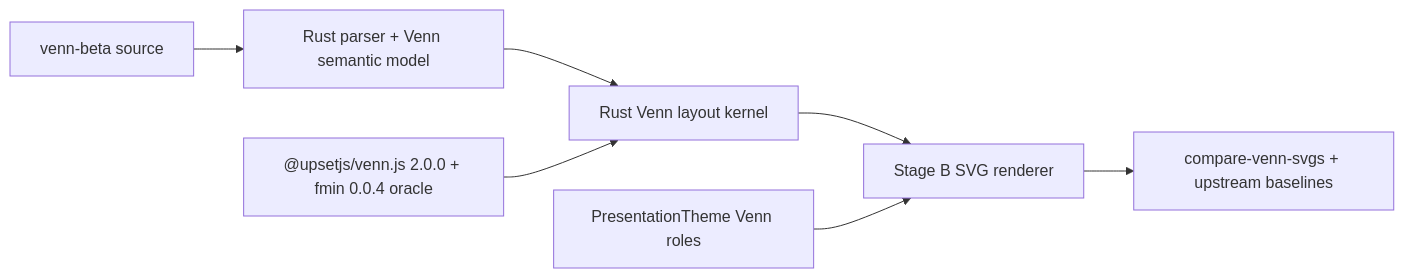
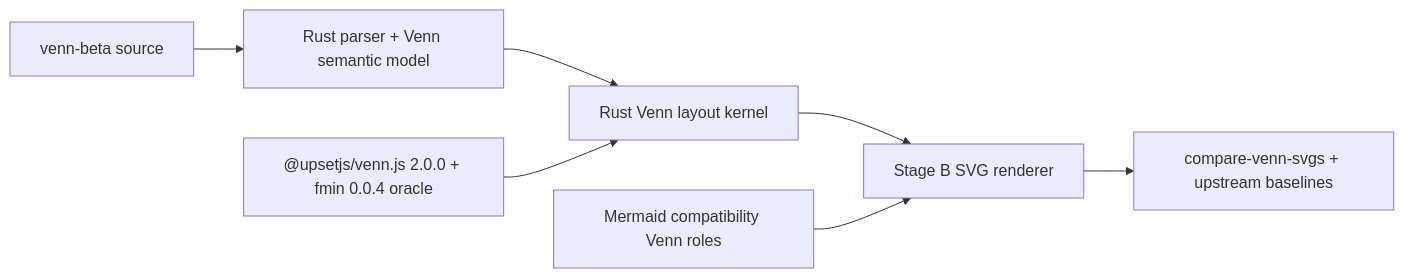
The diagram in docs/alignment/VENN_BETA_ADMISSION_PLAN.md (Latias94/merman), drawn with Mermaid before and after one commit. The commit also changed other lines of this file and 52 other files, not shown here.

First line of the commit message:
refactor(theme)!: close C5 compatibility seam

````diff
--- a/docs/alignment/VENN_BETA_ADMISSION_PLAN.md
+++ b/docs/alignment/VENN_BETA_ADMISSION_PLAN.md
@@ -60,9 +61,9 @@
 ```mermaid
 flowchart LR
     Source["venn-beta source"] --> Parser["Rust parser + Venn semantic model"]
     Parser --> Layout["Rust Venn layout kernel"]
     Layout --> Svg["Stage B SVG renderer"]
-    Theme["PresentationTheme Venn roles"] --> Svg
+    Theme["Mermaid compatibility Venn roles"] --> Svg
     Upstream["@upsetjs/venn.js 2.0.0 + fmin 0.0.4 oracle"] --> Layout
     Svg --> Compare["compare-venn-svgs + upstream baselines"]
 ```
````
